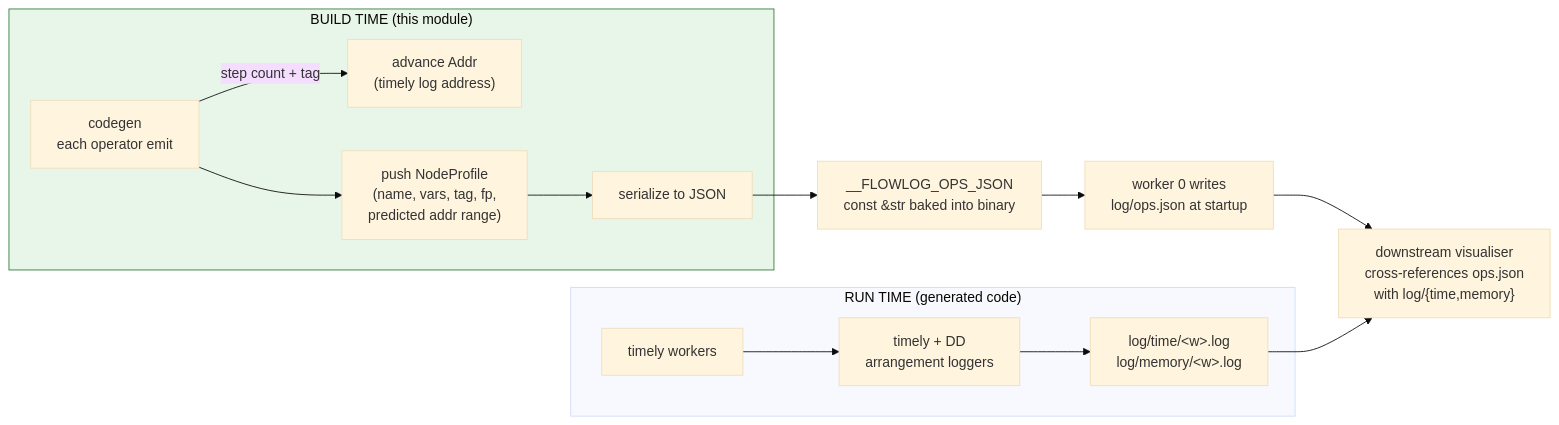
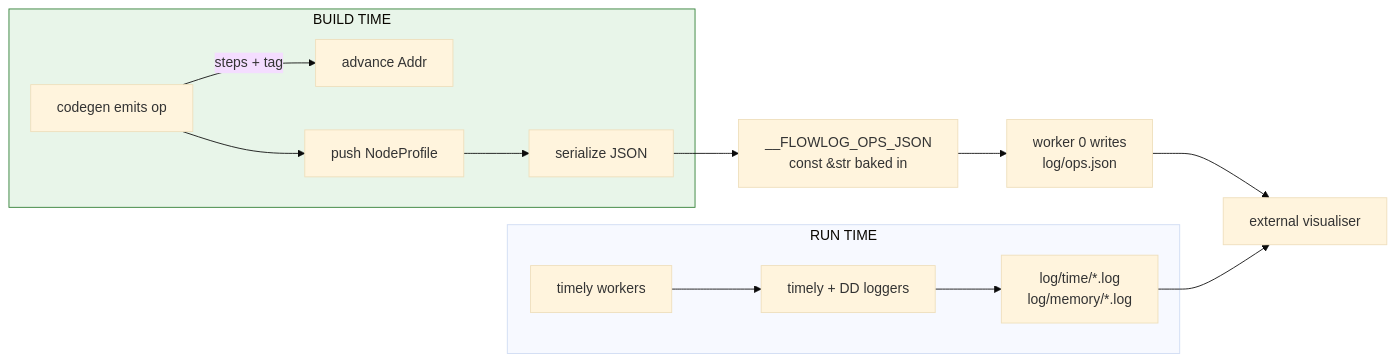
One commit to flowlog-rs/flowlog changed the diagram in crates/flowlog-build/src/profiler/README.md. Above: the diagram before and after it, drawn with Mermaid (base theme). The commit also changed other lines of this file and 12 other files, not shown here.

````diff
--- a/crates/flowlog-build/src/profiler/README.md
+++ b/crates/flowlog-build/src/profiler/README.md
@@ -31,19 +9,18 @@
 ```mermaid
 flowchart LR
-    subgraph build_time["BUILD TIME (this module)"]
-        CG["codegen<br/>each operator emit"] -->|"step count + tag"| ADV["advance Addr<br/>(timely log address)"]
-        CG --> NODE["push NodeProfile<br/>(name, vars, tag, fp,<br/>predicted addr range)"]
-        NODE --> JSON["serialize to JSON"]
+    subgraph build["BUILD TIME"]
+        cg[codegen emits op] -->|"steps + tag"| addr[advance Addr]
+        cg --> node[push NodeProfile]
+        node --> json[serialize JSON]
     end
-    subgraph runtime["RUN TIME (generated code)"]
-        EXE["timely workers"] --> LOG["timely + DD<br/>arrangement loggers"]
-        LOG --> FILES["log/time/&lt;w&gt;.log<br/>log/memory/&lt;w&gt;.log"]
+    subgraph run["RUN TIME"]
+        exe[timely workers] --> log[timely + DD loggers]
+        log --> files["log/time/*.log<br/>log/memory/*.log"]
     end
-    JSON --> CONST["__FLOWLOG_OPS_JSON<br/>const &amp;str baked into binary"]
-    CONST --> EMIT["worker 0 writes<br/>log/ops.json at startup"]
-    EMIT --> VIS["downstream visualiser<br/>cross-references ops.json<br/>with log/{time,memory}"]
-    FILES --> VIS
-
+    json --> const["__FLOWLOG_OPS_JSON<br/>const &amp;str baked in"]
+    const --> ops[worker 0 writes<br/>log/ops.json]
+    ops --> vis[external visualiser]
+    files --> vis
     classDef bt fill:#e8f5e9,stroke:#2e7d32
-    class build_time bt
+    class build bt
 ```
````
